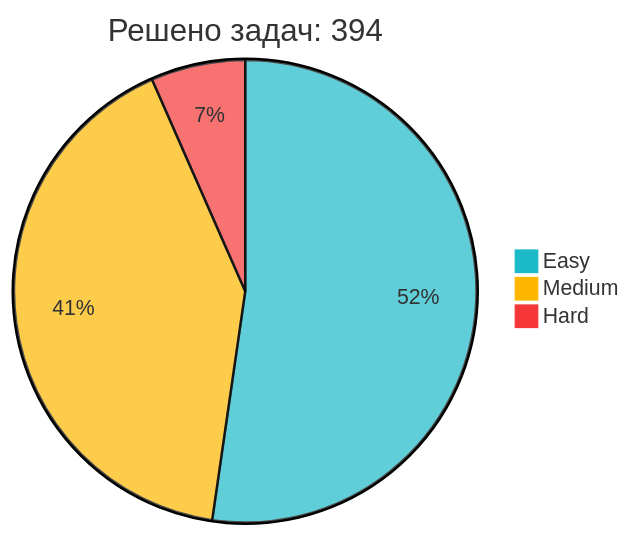
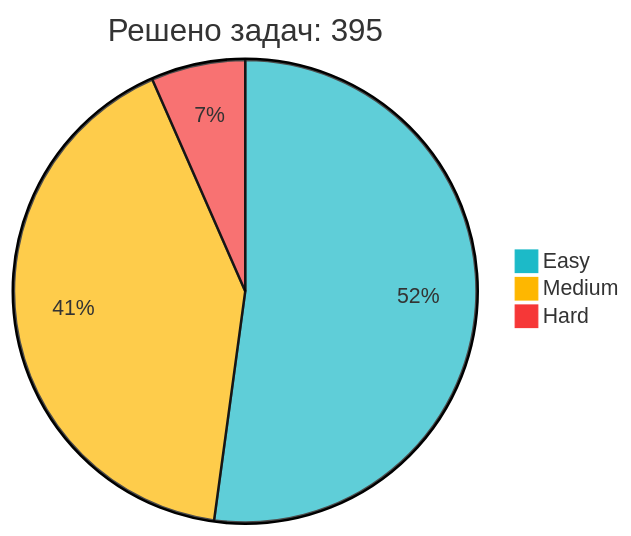
Before and after one commit to IliaKurdukov/IliaKurdukov: the diagram in README.md, drawn with Mermaid. The commit also changed other lines of this file, not shown here.

Commit message:
📈 Обновление статистики LeetCode

````diff
--- a/README.md
+++ b/README.md
@@ -51,7 +51,7 @@
 ```mermaid
 %%{init: {'theme': 'base', 'themeVariables': { 'pie1': '#1CBAC8', 'pie2': '#FEB700', 'pie3': '#F63737' }, 'config': {'width': 300, 'height': 200}}}%%
-pie title Решено задач: 394
+pie title Решено задач: 395
    "Easy" : 206
-   "Medium" : 162
+   "Medium" : 163
    "Hard" : 26
 ```
````
